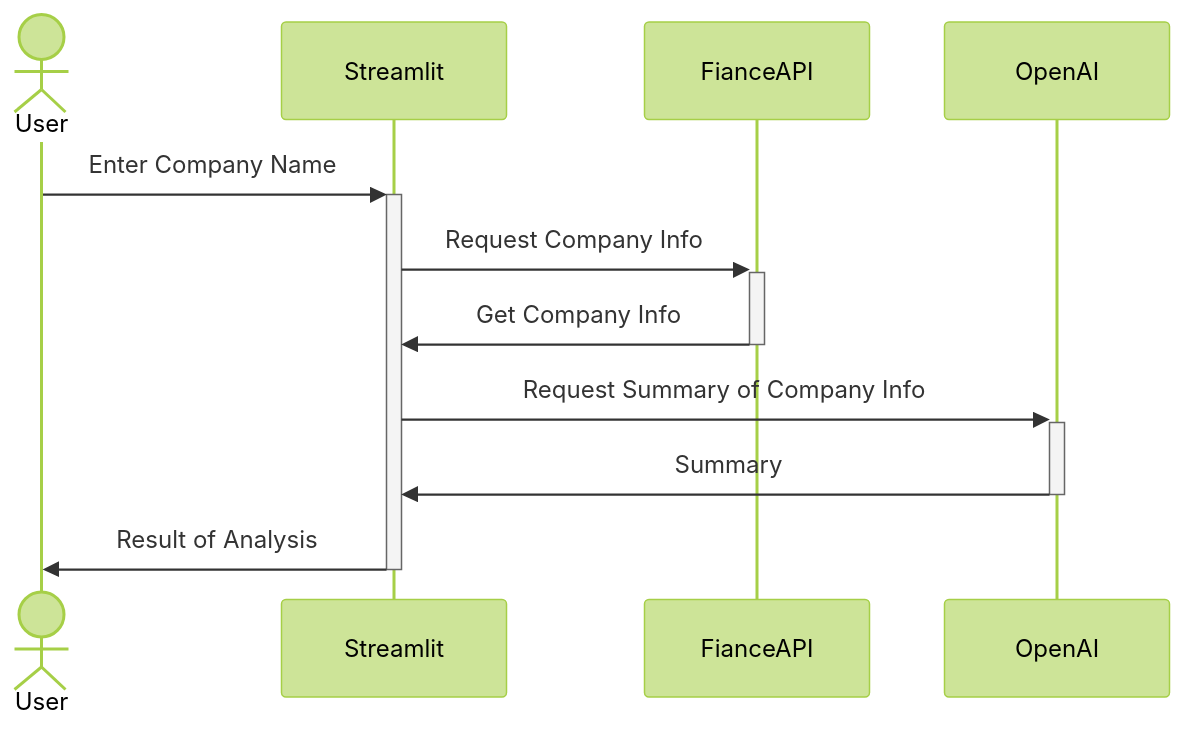
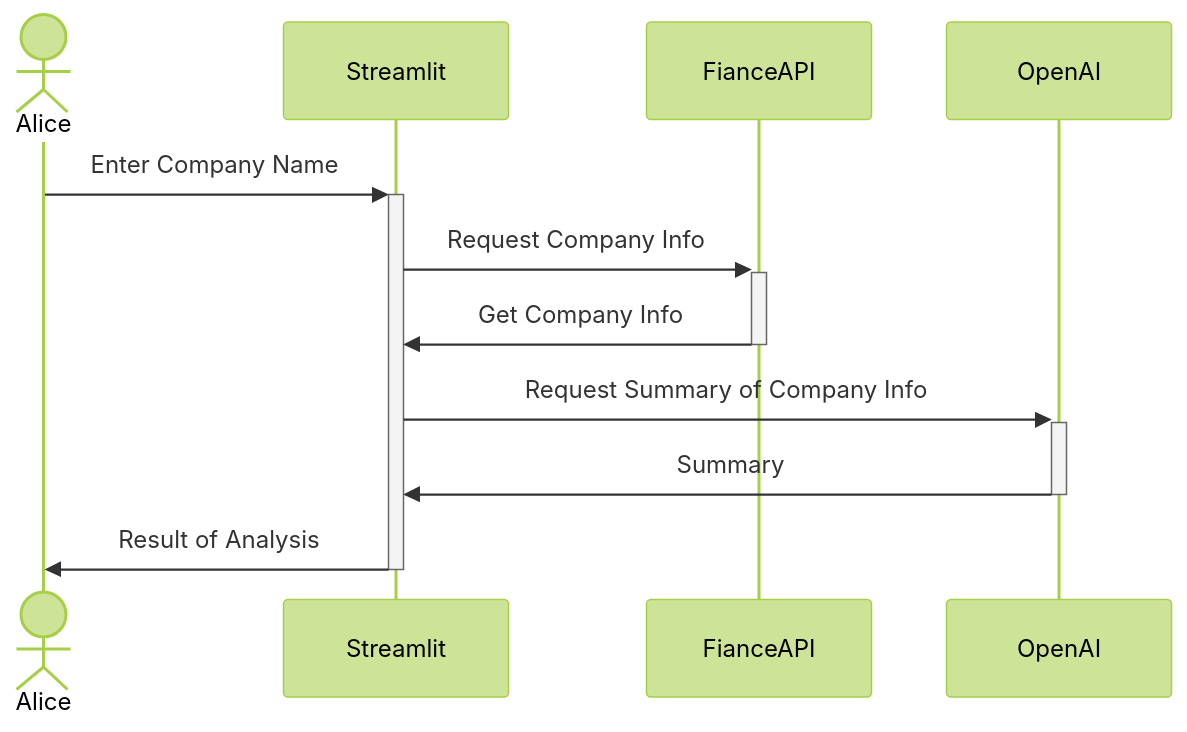
One commit to rolandmueller/bigdata changed the diagram in diagram.md. Above: the diagram before and after it, drawn with Mermaid (forest theme).

````diff
--- a/diagram.md
+++ b/diagram.md
@@ -9,10 +9,10 @@
 ```mermaid
 sequenceDiagram
-  actor User
-  User->>+Streamlit: Enter Company Name
+  actor Alice
+  Alice->>+Streamlit: Enter Company Name
   Streamlit->>+FianceAPI: Request Company Info
   FianceAPI->>-Streamlit: Get Company Info
   Streamlit->>+OpenAI: Request Summary of Company Info
   OpenAI->>-Streamlit: Summary
-  Streamlit->>-User: Result of Analysis
+  Streamlit->>-Alice: Result of Analysis
 ```
````
